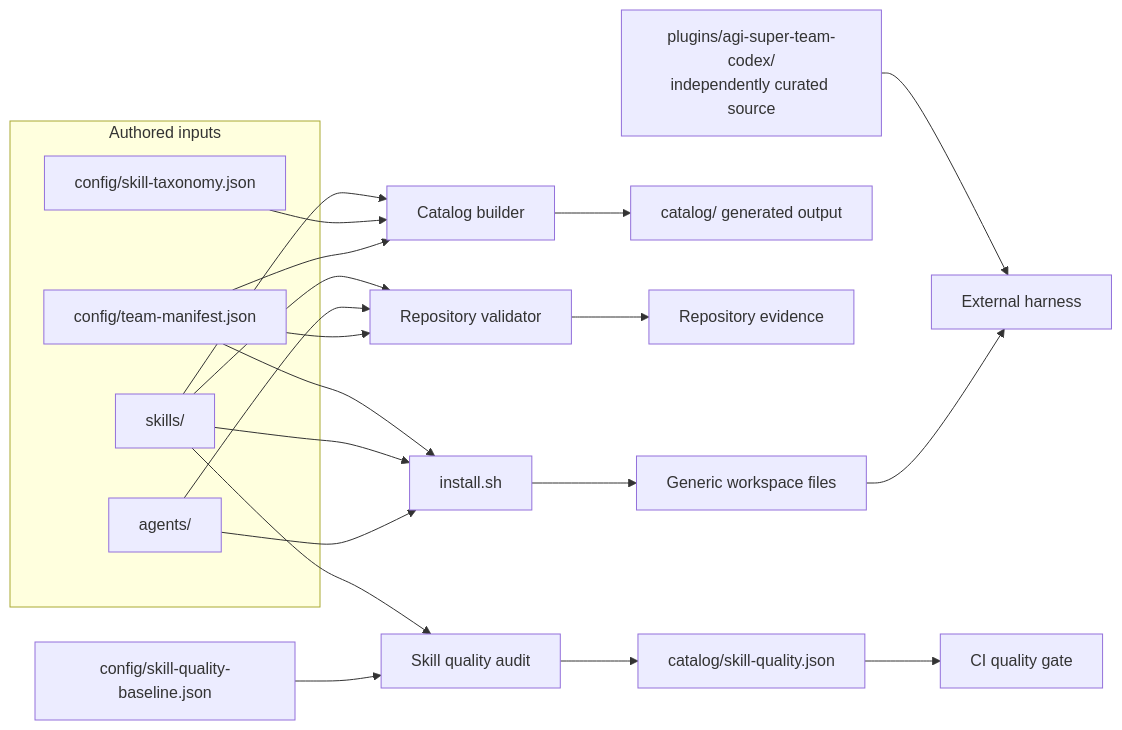
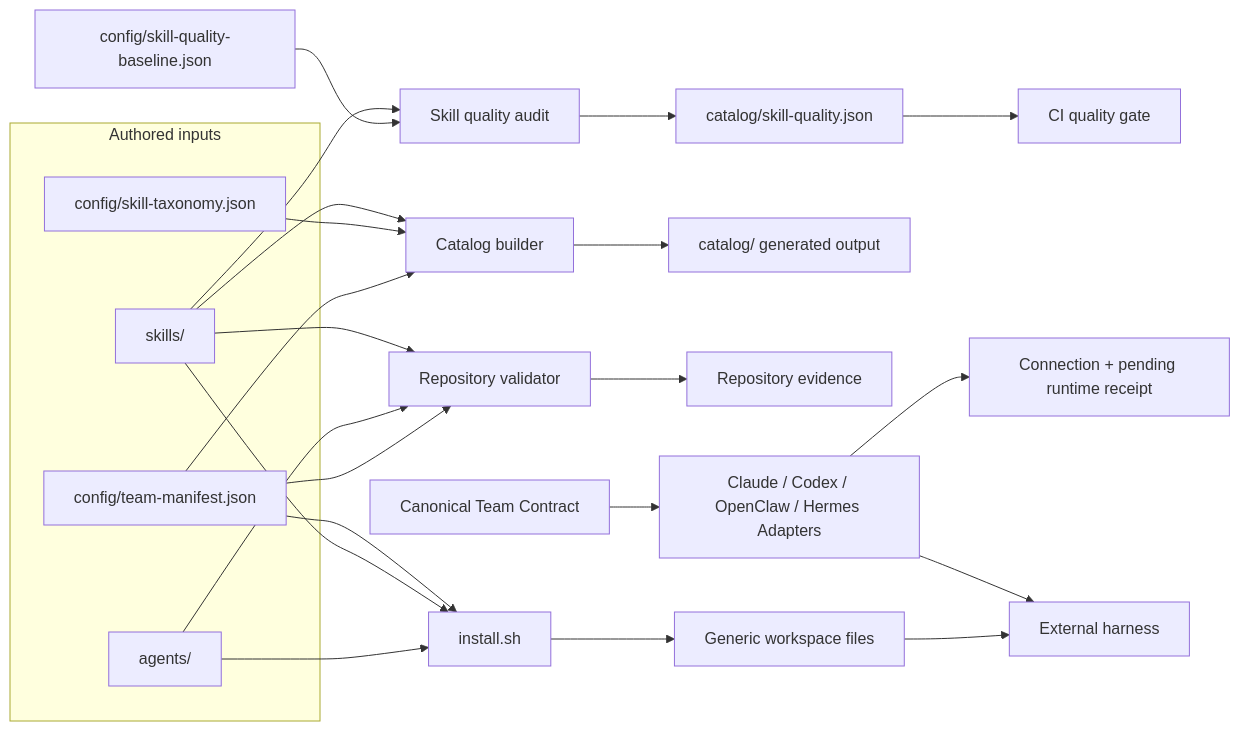
Before and after one commit to aAAaqwq/AGI-Super-Skills: the diagram in ARCHITECTURE.md, drawn with Mermaid. The commit also changed other lines of this file and 30 other files, not shown here.

Commit message:
feat: add cross-harness team adapters

````diff
--- a/ARCHITECTURE.md
+++ b/ARCHITECTURE.md
@@ -17,33 +17,35 @@
 ```mermaid
 flowchart LR
   subgraph Inputs["Authored inputs"]
     Skills["skills/"]
     Agents["agents/"]
     Manifest["config/team-manifest.json"]
     Taxonomy["config/skill-taxonomy.json"]
   end
 
   Manifest --> Installer["install.sh"]
   Skills --> Installer
   Agents --> Installer
   Installer --> Workspace["Generic workspace files"]
 
   Skills --> CatalogBuilder["Catalog builder"]
   Taxonomy --> CatalogBuilder
   Manifest --> CatalogBuilder
   CatalogBuilder --> Catalog["catalog/ generated output"]
 
   Skills --> Validator["Repository validator"]
   Agents --> Validator
   Manifest --> Validator
   Validator --> Receipt["Repository evidence"]
 
-  CodexPackage["plugins/agi-super-team-codex/<br/>independently curated source"]
-  CodexPackage --> Harness["External harness"]
+  Contract["Canonical Team Contract"]
+  Contract --> Adapters["Claude / Codex / OpenClaw / Hermes Adapters"]
+  Adapters --> Harness["External harness"]
+  Adapters --> AdapterReceipt["Connection + pending runtime receipt"]
   Workspace --> Harness
 
   Skills --> QualityAudit["Skill quality audit"]
   QualityBaseline["config/skill-quality-baseline.json"] --> QualityAudit
   QualityAudit --> QualityReport["catalog/skill-quality.json"]
   QualityReport --> QualityGate["CI quality gate"]
 ```
````
